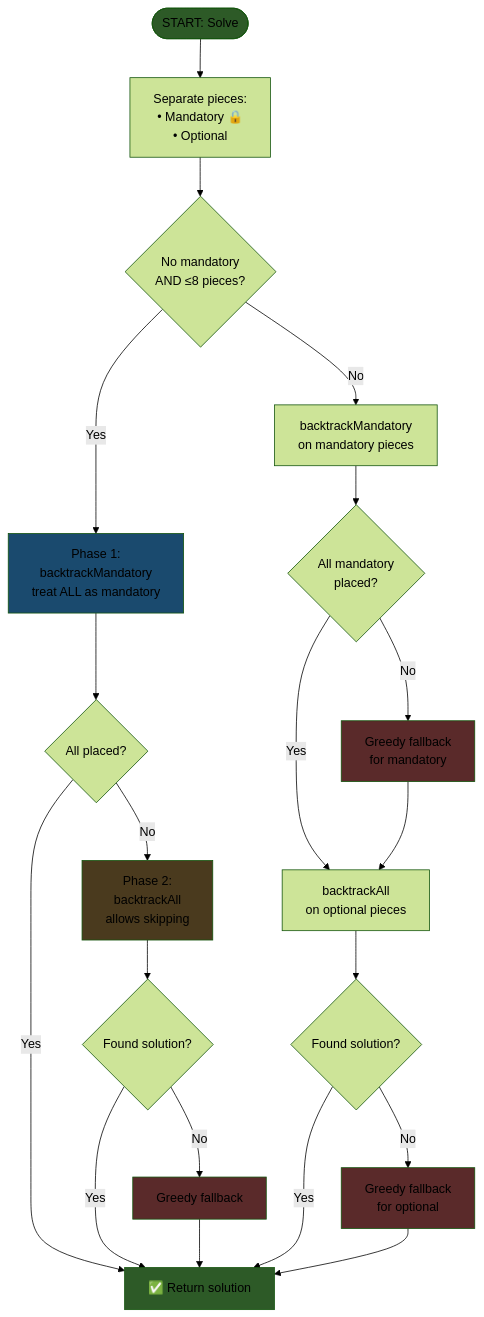
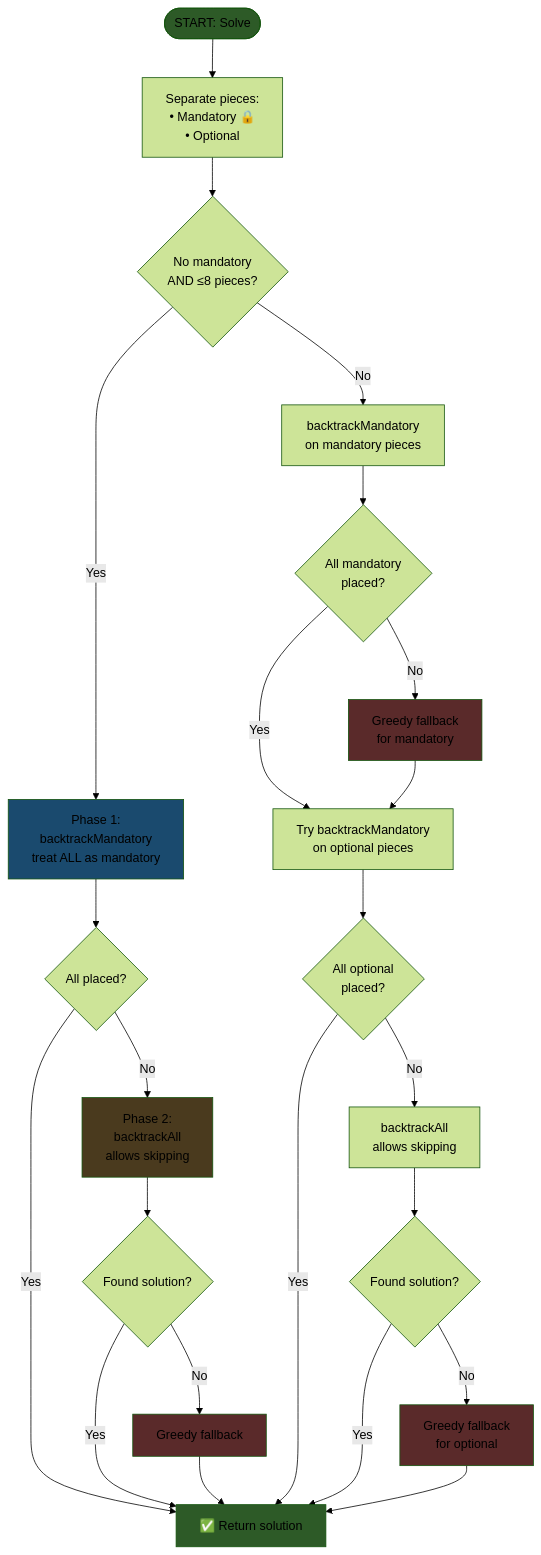
Before and after one commit to jasbanza/jump-space-power-grid-optimizer: the diagram in README.md, drawn with Mermaid (forest theme). The commit also changed other lines of this file, not shown here.

````diff
--- a/README.md
+++ b/README.md
@@ -47,37 +47,41 @@
 ```mermaid
 flowchart TD
     START([START: Solve]) --> SEPARATE[Separate pieces:<br/>• Mandatory 🔒<br/>• Optional]
     
     SEPARATE --> CHECK{No mandatory<br/>AND ≤8 pieces?}
     
     CHECK -->|Yes| PHASE1[Phase 1:<br/>backtrackMandatory<br/>treat ALL as mandatory]
     CHECK -->|No| MANDATORY[backtrackMandatory<br/>on mandatory pieces]
     
     PHASE1 --> ALL_PLACED{All placed?}
     
     ALL_PLACED -->|Yes| DONE[✅ Return solution]
     ALL_PLACED -->|No| PHASE2[Phase 2:<br/>backtrackAll<br/>allows skipping]
     
     PHASE2 --> FOUND{Found solution?}
     FOUND -->|Yes| DONE
     FOUND -->|No| GREEDY1[Greedy fallback]
     GREEDY1 --> DONE
     
     MANDATORY --> MAND_OK{All mandatory<br/>placed?}
-    MAND_OK -->|Yes| OPTIONAL[backtrackAll<br/>on optional pieces]
+    MAND_OK -->|Yes| OPT_PHASE1[Try backtrackMandatory<br/>on optional pieces]
     MAND_OK -->|No| GREEDY2[Greedy fallback<br/>for mandatory]
-    GREEDY2 --> OPTIONAL
+    GREEDY2 --> OPT_PHASE1
     
-    OPTIONAL --> OPT_OK{Found solution?}
+    OPT_PHASE1 --> OPT_ALL{All optional<br/>placed?}
+    OPT_ALL -->|Yes| DONE
+    OPT_ALL -->|No| OPT_PHASE2[backtrackAll<br/>allows skipping]
+    
+    OPT_PHASE2 --> OPT_OK{Found solution?}
     OPT_OK -->|Yes| DONE
     OPT_OK -->|No| GREEDY3[Greedy fallback<br/>for optional]
     GREEDY3 --> DONE
 
     style START fill:#2d5a27
     style DONE fill:#2d5a27
     style PHASE1 fill:#1a4a6e
     style PHASE2 fill:#4a3a1e
     style GREEDY1 fill:#5a2a2a
     style GREEDY2 fill:#5a2a2a
     style GREEDY3 fill:#5a2a2a
 ```
````
